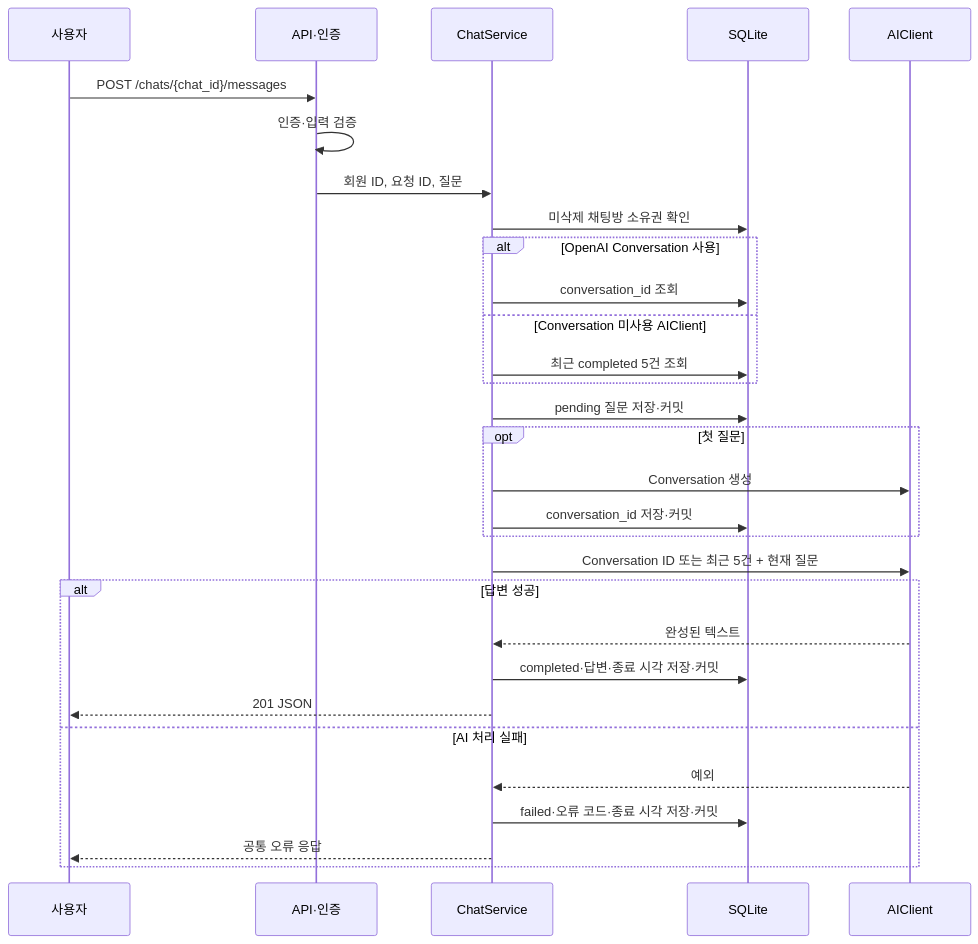
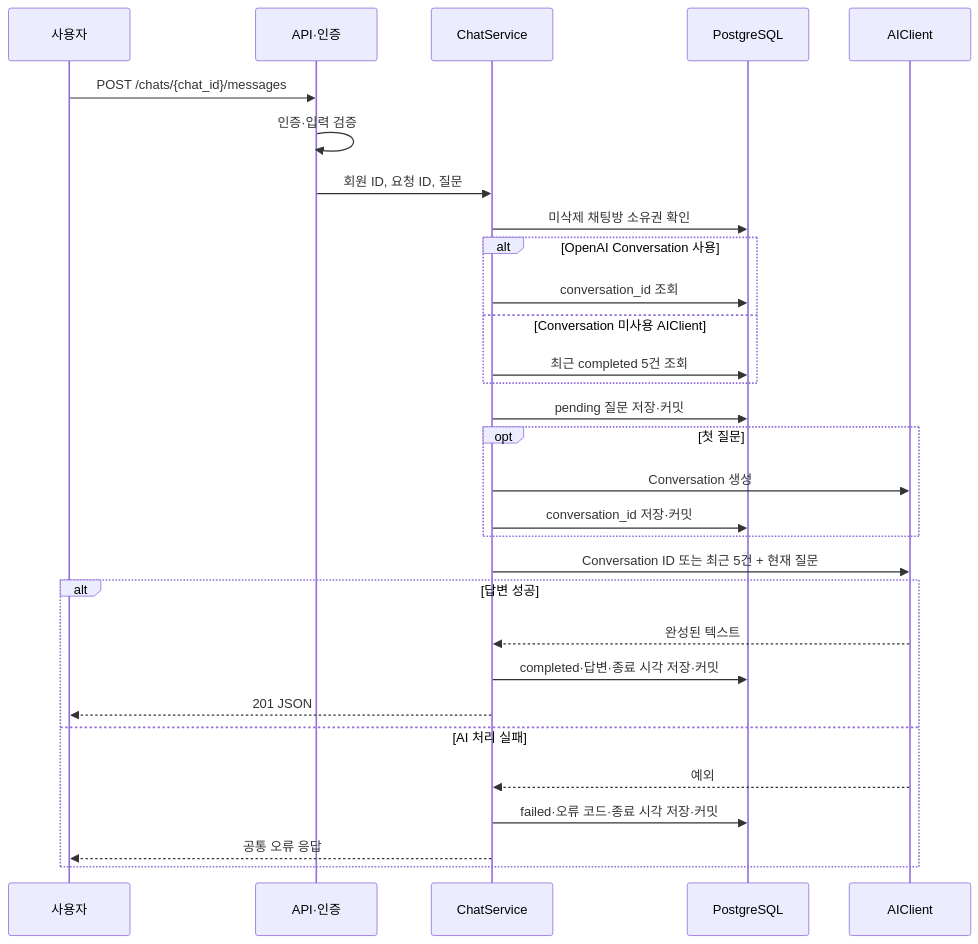
The diagram in docs/ARCHITECTURE.md (ted1117/be-B7-1), drawn with Mermaid before and after one commit. The commit also changed other lines of this file and 6 other files, not shown here.

First line of the commit message:
docs: PostgreSQL 설정 및 운영 안내 갱신

````diff
--- a/docs/ARCHITECTURE.md
+++ b/docs/ARCHITECTURE.md
@@ -32,32 +34,32 @@
 ```mermaid
 sequenceDiagram
     participant U as 사용자
     participant API as API·인증
     participant S as ChatService
-    participant DB as SQLite
+    participant DB as PostgreSQL
     participant AI as AIClient
     U->>API: POST /chats/{chat_id}/messages
     API->>API: 인증·입력 검증
     API->>S: 회원 ID, 요청 ID, 질문
     S->>DB: 미삭제 채팅방 소유권 확인
     alt OpenAI Conversation 사용
         S->>DB: conversation_id 조회
     else Conversation 미사용 AIClient
         S->>DB: 최근 completed 5건 조회
     end
     S->>DB: pending 질문 저장·커밋
     opt 첫 질문
         S->>AI: Conversation 생성
         S->>DB: conversation_id 저장·커밋
     end
     S->>AI: Conversation ID 또는 최근 5건 + 현재 질문
     alt 답변 성공
         AI-->>S: 완성된 텍스트
         S->>DB: completed·답변·종료 시각 저장·커밋
         S-->>U: 201 JSON
     else AI 처리 실패
         AI-->>S: 예외
         S->>DB: failed·오류 코드·종료 시각 저장·커밋
         S-->>U: 공통 오류 응답
     end
 ```
````
